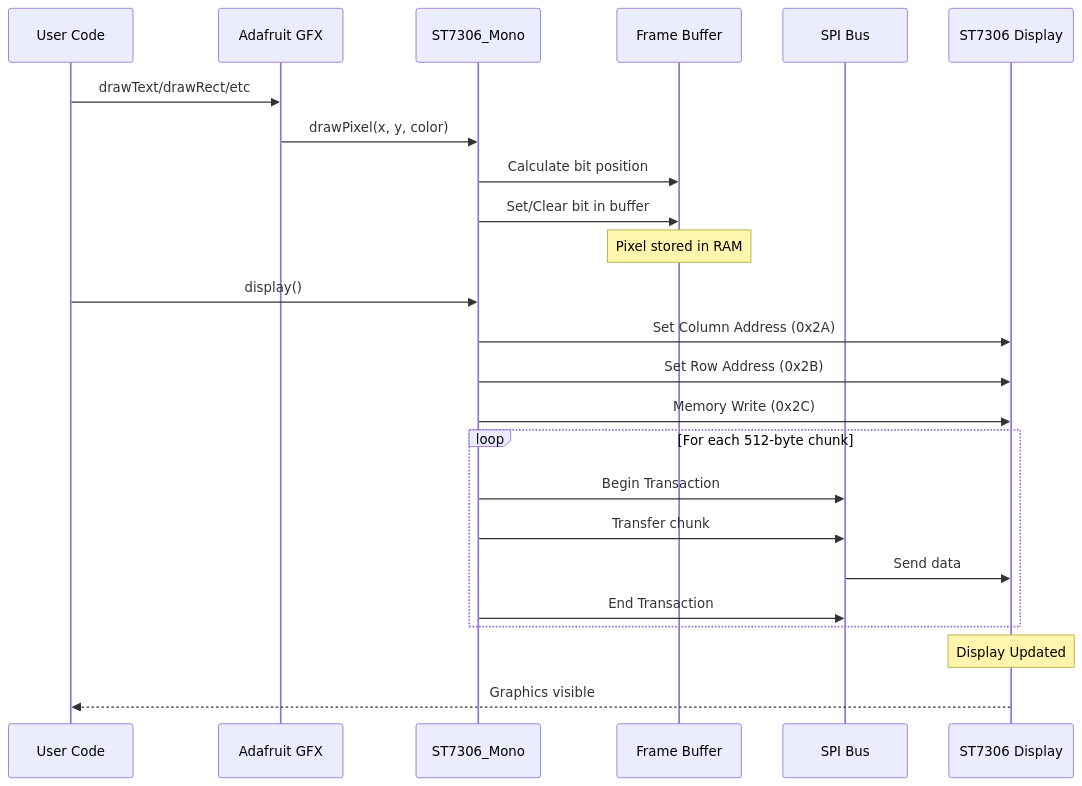
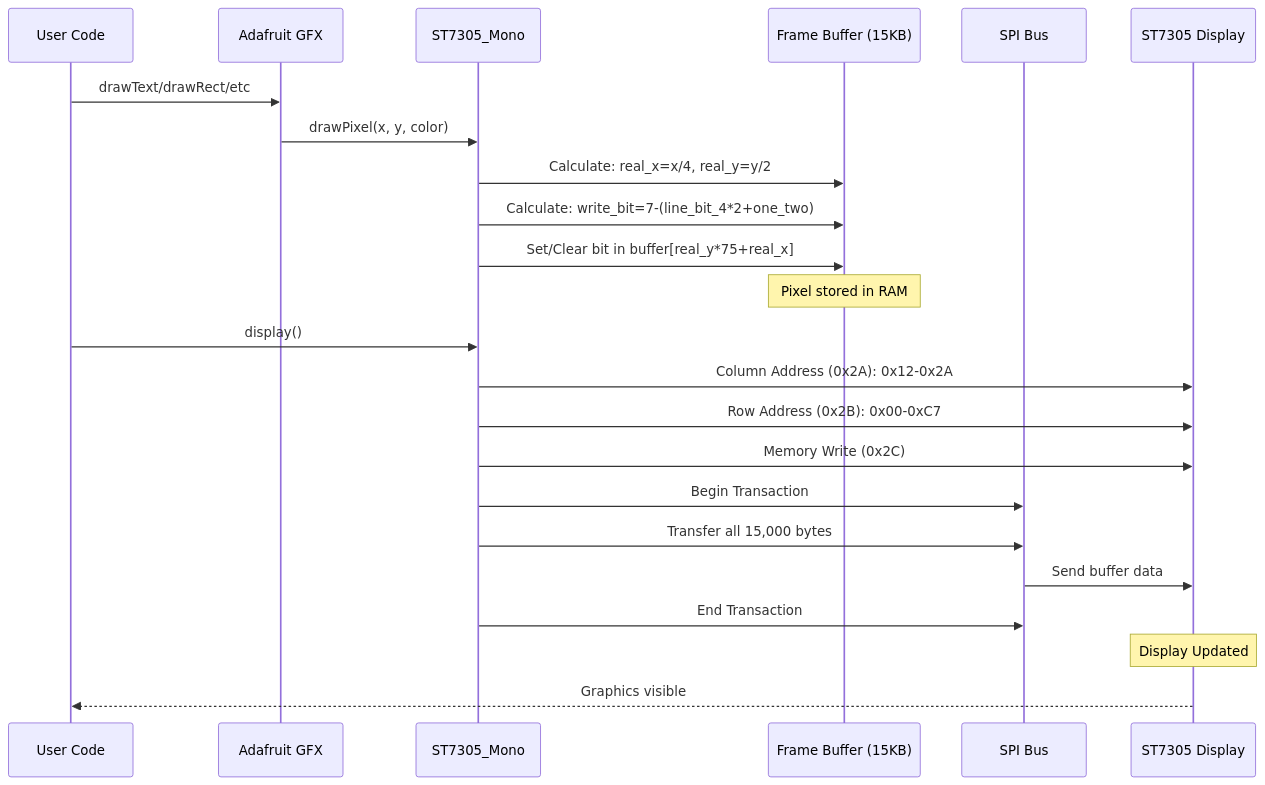
One commit to dkaulukukui/ST7306_Display_Driver changed the second of 7 diagrams in LOGIC_FLOW.md. Above: the diagram before and after it, drawn with Mermaid. The commit also changed other lines of this file and 3 other files, not shown here.

````diff
--- a/LOGIC_FLOW.md
+++ b/LOGIC_FLOW.md
@@ -140,30 +130,29 @@
 ```mermaid
 sequenceDiagram
     participant User as User Code
     participant GFX as Adafruit GFX
-    participant Driver as ST7306_Mono
-    participant Buffer as Frame Buffer
+    participant Driver as ST7305_Mono
+    participant Buffer as Frame Buffer (15KB)
     participant SPI as SPI Bus
-    participant Display as ST7306 Display
+    participant Display as ST7305 Display
 
     User->>GFX: drawText/drawRect/etc
     GFX->>Driver: drawPixel(x, y, color)
-    Driver->>Buffer: Calculate bit position
-    Driver->>Buffer: Set/Clear bit in buffer
+    Driver->>Buffer: Calculate: real_x=x/4, real_y=y/2
+    Driver->>Buffer: Calculate: write_bit=7-(line_bit_4*2+one_two)
+    Driver->>Buffer: Set/Clear bit in buffer[real_y*75+real_x]
     Note over Buffer: Pixel stored in RAM
     
     User->>Driver: display()
-    Driver->>Display: Set Column Address (0x2A)
-    Driver->>Display: Set Row Address (0x2B)
+    Driver->>Display: Column Address (0x2A): 0x12-0x2A
+    Driver->>Display: Row Address (0x2B): 0x00-0xC7
     Driver->>Display: Memory Write (0x2C)
     
-    loop For each 512-byte chunk
-        Driver->>SPI: Begin Transaction
-        Driver->>SPI: Transfer chunk
-        SPI->>Display: Send data
-        Driver->>SPI: End Transaction
-    end
+    Driver->>SPI: Begin Transaction
+    Driver->>SPI: Transfer all 15,000 bytes
+    SPI->>Display: Send buffer data
+    Driver->>SPI: End Transaction
     
     Note over Display: Display Updated
     Display-->>User: Graphics visible
 ```
````
